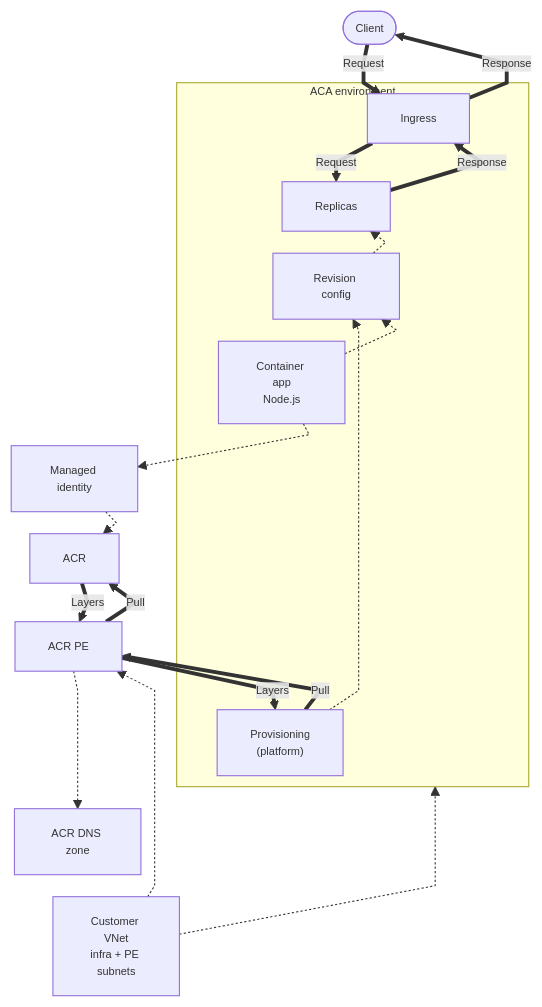
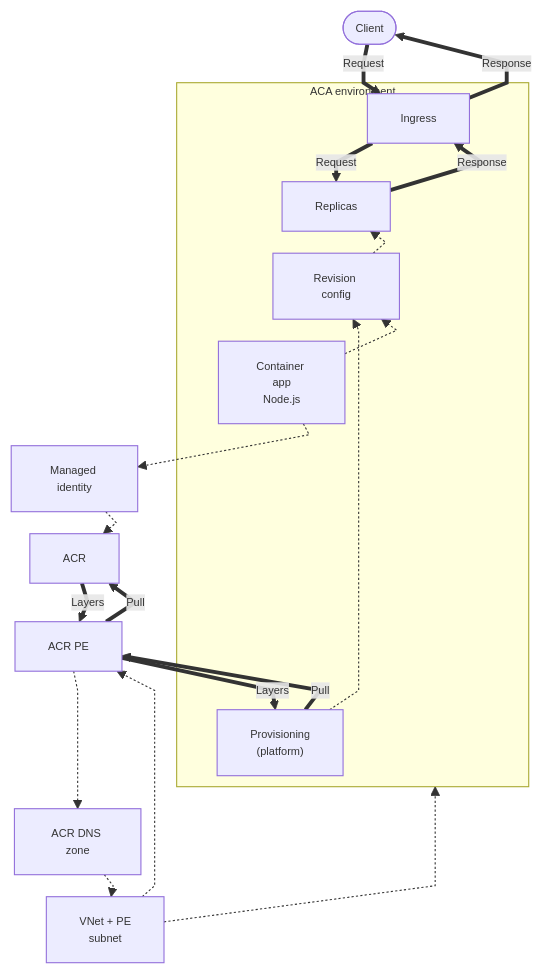
The first of 2 diagrams in docs/language-guides/nodejs/tutorial/03-configuration.md (yeongseon/azure-container-apps-practical-guide), drawn with Mermaid before and after one commit. The commit also changed other lines of this file and 1 other file, not shown here.

Commit message:
fix(diagrams): link Node.js tutorial DNS zone

````diff
--- a/docs/language-guides/nodejs/tutorial/03-configuration.md
+++ b/docs/language-guides/nodejs/tutorial/03-configuration.md
@@ -38,36 +38,37 @@
 ```mermaid
 %%{init: {"themeVariables": {"fontSize": "10px"}, "flowchart": {"curve": "linear", "nodeSpacing": 5, "rankSpacing": 20, "diagramPadding": 2, "wrappingWidth": 55}}}%%
 flowchart TD
     accTitle: Production-ready Container Apps context for the Node.js tutorial
-    accDescr: Client requests and responses pass through managed ingress to Node.js replicas. The customer VNet contains infrastructure and private-endpoint subnets associated with the environment and ACR private endpoint. Managed identity is assigned to the app, and platform provisioning exchanges image pull requests and layer responses with ACR through that endpoint.
+    accDescr: Client requests and responses pass through managed ingress to Node.js replicas. The customer VNet associates with the environment and ACR private endpoint and links the endpoint's private DNS zone. Managed identity is assigned to the app, and platform provisioning exchanges image pull requests and layer responses with ACR through that endpoint.
     CALLER(["Client"])
-    VNET["Customer VNet<br/>infra + PE subnets"]
+    VNET["VNet + PE<br/>subnet"]
     IDENTITY["Managed identity"]
     PE_ACR["ACR PE"]
     ACR["ACR"]
     DNS["ACR DNS zone"]
     subgraph ENV["ACA environment"]
         INGRESS["Ingress"]
         APP["Container app<br/>Node.js"]
         REVISION["Revision config"]
         REPLICAS["Replicas"]
         PLATFORM["Provisioning<br/>(platform)"]
     end
     CALLER ~~~ INGRESS ~~~ REPLICAS ~~~ REVISION ~~~ APP ~~~ IDENTITY ~~~ ACR ~~~ PE_ACR ~~~ PLATFORM ~~~ DNS ~~~ VNET
     CALLER ==>|"Request"| INGRESS
     INGRESS ==>|"Response"| CALLER
     INGRESS ==>|"Request"| REPLICAS
     REPLICAS ==>|"Response"| INGRESS
     VNET -.-> ENV
     VNET -.-> PE_ACR
+    DNS -.-> VNET
     APP -.-> IDENTITY
     IDENTITY -.-> ACR
     APP -.-> REVISION
     REVISION -.-> REPLICAS
     PLATFORM -.-> REVISION
     PLATFORM ==>|"Pull"| PE_ACR
     PE_ACR ==>|"Pull"| ACR
     ACR ==>|"Layers"| PE_ACR
     PE_ACR ==>|"Layers"| PLATFORM
     PE_ACR -.-> DNS
 ```
````
